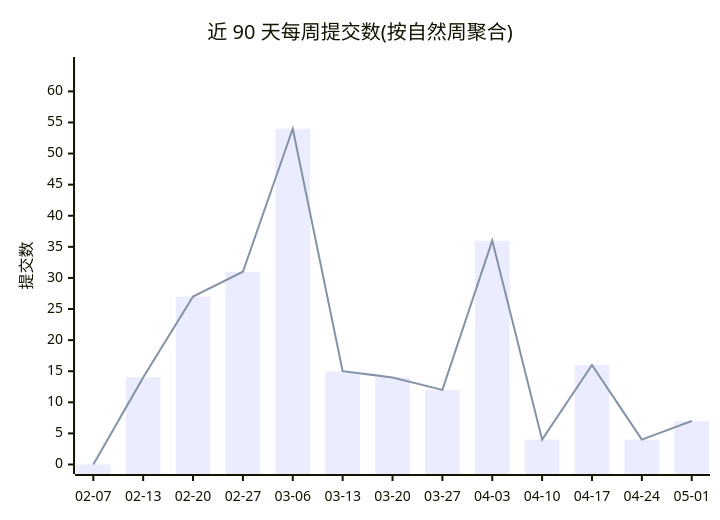
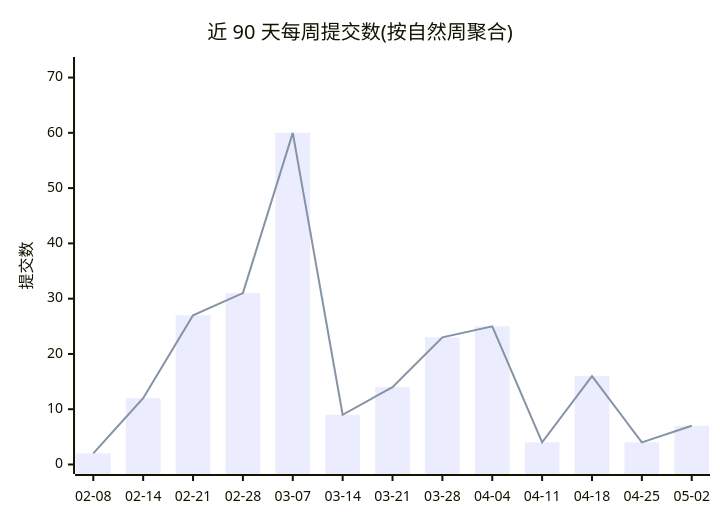
One commit to Conflux-Union/.github changed the first of 2 diagrams in profile/README.md. Above: the diagram before and after it, drawn with Mermaid. The commit also changed other lines of this file and 1 other file, not shown here.

````diff
--- a/profile/README.md
+++ b/profile/README.md
@@ -44,8 +44,8 @@
 ```mermaid
 xychart-beta
     title "近 90 天每周提交数(按自然周聚合)"
-    x-axis ["02-07", "02-13", "02-20", "02-27", "03-06", "03-13", "03-20", "03-27", "04-03", "04-10", "04-17", "04-24", "05-01"]
-    y-axis "提交数" 0 --> 64
-    bar [0, 14, 27, 31, 54, 15, 14, 12, 36, 4, 16, 4, 7]
-    line [0, 14, 27, 31, 54, 15, 14, 12, 36, 4, 16, 4, 7]
+    x-axis ["02-08", "02-14", "02-21", "02-28", "03-07", "03-14", "03-21", "03-28", "04-04", "04-11", "04-18", "04-25", "05-02"]
+    y-axis "提交数" 0 --> 72
+    bar [2, 12, 27, 31, 60, 9, 14, 23, 25, 4, 16, 4, 7]
+    line [2, 12, 27, 31, 60, 9, 14, 23, 25, 4, 16, 4, 7]
 ```
````
